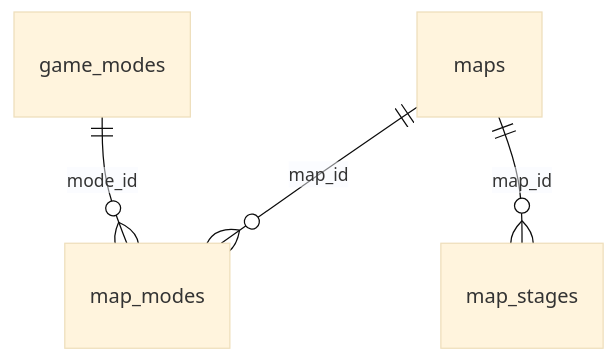
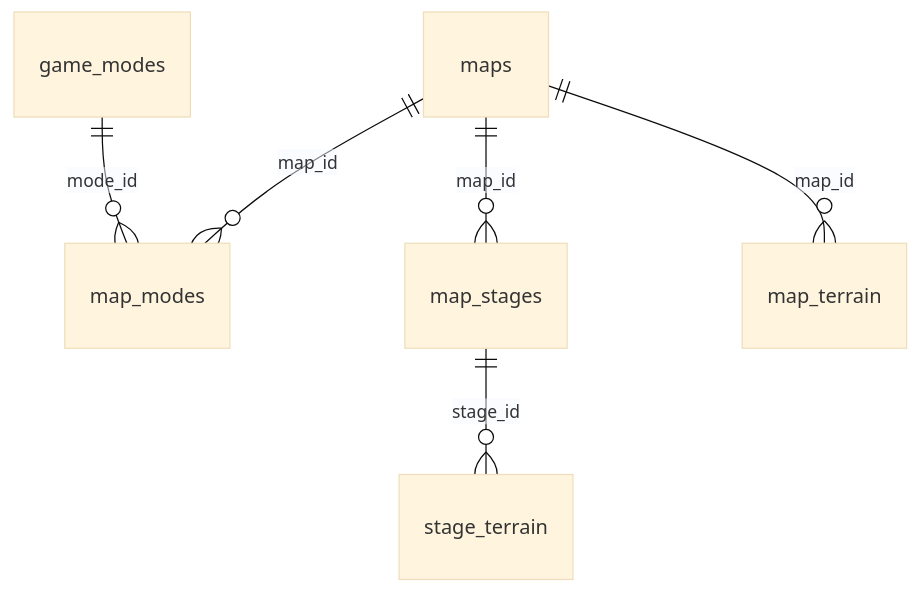
One commit to mmikol/counter-utility-matrix changed the third of 7 diagrams in docs/db.md. Above: the diagram before and after it, drawn with Mermaid (base theme). The commit also changed other lines of this file and 91 other files, not shown here.

````diff
--- a/docs/db.md
+++ b/docs/db.md
@@ -316,6 +305,8 @@
 ```mermaid
 erDiagram
     game_modes ||--o{ map_modes : "mode_id"
+    map_stages ||--o{ stage_terrain : "stage_id"
     maps ||--o{ map_modes : "map_id"
     maps ||--o{ map_stages : "map_id"
+    maps ||--o{ map_terrain : "map_id"
 ```
````
